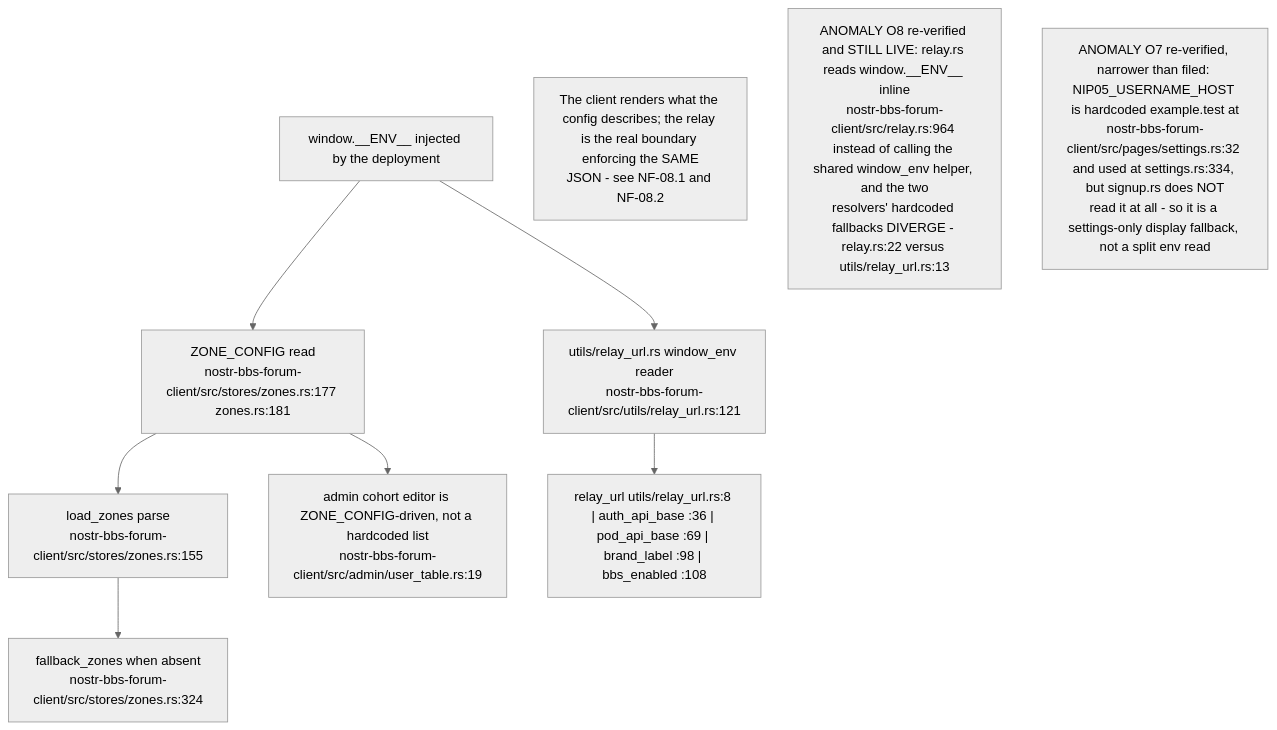
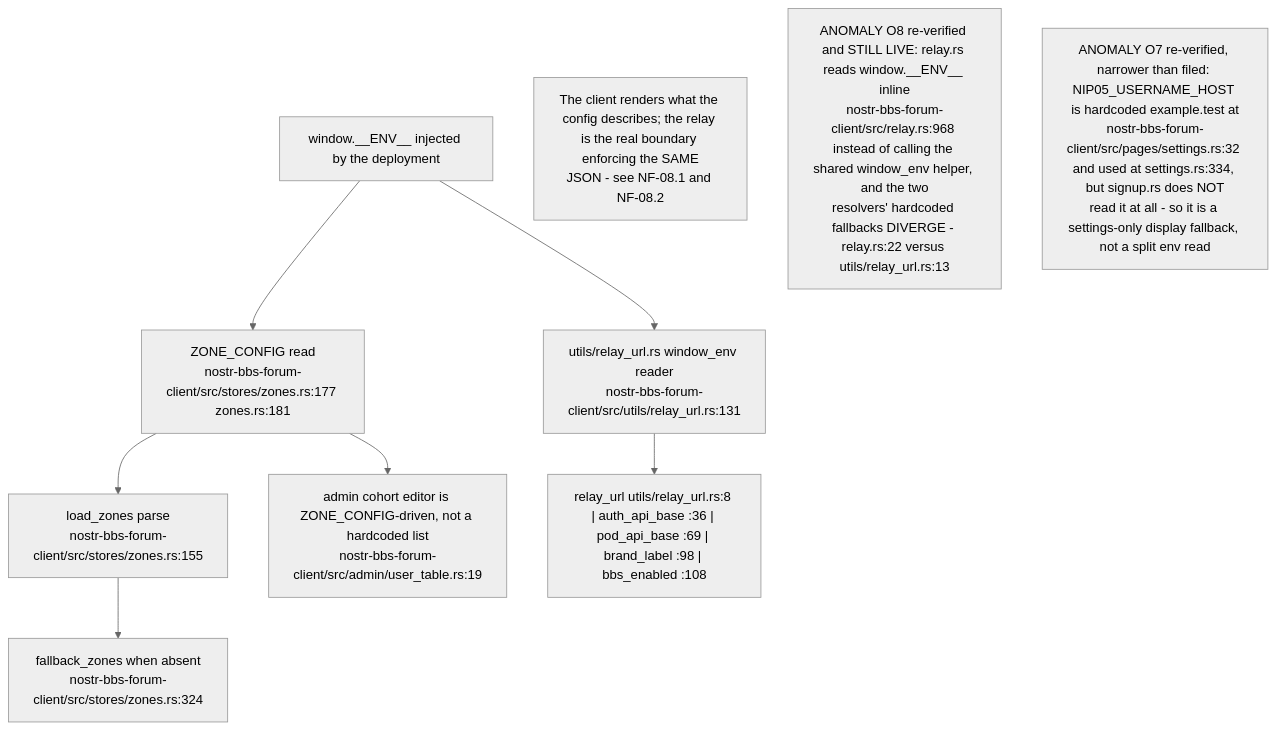
One commit to DreamLab-AI/VisionFlow changed the seventh of 14 diagrams in docs/diagrams/nostr-rust-forum/05-leptos-clients-onboarding-messaging-governance.md. Above: the diagram before and after it, drawn with Mermaid (neutral theme). The commit also changed other lines of this file and 11 other files, not shown here.

````diff
--- a/docs/diagrams/nostr-rust-forum/05-leptos-clients-onboarding-messaging-governance.md
+++ b/docs/diagrams/nostr-rust-forum/05-leptos-clients-onboarding-messaging-governance.md
@@ -229,18 +232,18 @@
 ```mermaid
 flowchart TB
     ENV["window.__ENV__ injected by the deployment"]
     ZC["ZONE_CONFIG read<br/>nostr-bbs-forum-client/src/stores/zones.rs:177 zones.rs:181"]
     LOAD["load_zones parse<br/>nostr-bbs-forum-client/src/stores/zones.rs:155"]
     FB["fallback_zones when absent<br/>nostr-bbs-forum-client/src/stores/zones.rs:324"]
-    URLS["utils/relay_url.rs window_env reader<br/>nostr-bbs-forum-client/src/utils/relay_url.rs:121"]
+    URLS["utils/relay_url.rs window_env reader<br/>nostr-bbs-forum-client/src/utils/relay_url.rs:131"]
     R["relay_url utils/relay_url.rs:8 | auth_api_base :36 | pod_api_base :69 | brand_label :98 | bbs_enabled :108"]
     COH["admin cohort editor is ZONE_CONFIG-driven, not a hardcoded list<br/>nostr-bbs-forum-client/src/admin/user_table.rs:19"]
 
     ENV --> ZC --> LOAD --> FB
     ENV --> URLS --> R
     ZC --> COH
 
     N1["The client renders what the config describes; the relay is the real boundary enforcing the SAME<br/>JSON - see NF-08.1 and NF-08.2"]
-    N2["ANOMALY O8 re-verified and STILL LIVE: relay.rs reads window.__ENV__ inline<br/>nostr-bbs-forum-client/src/relay.rs:964 instead of calling the shared window_env helper, and the two<br/>resolvers' hardcoded fallbacks DIVERGE - relay.rs:22 versus utils/relay_url.rs:13"]
+    N2["ANOMALY O8 re-verified and STILL LIVE: relay.rs reads window.__ENV__ inline<br/>nostr-bbs-forum-client/src/relay.rs:968 instead of calling the shared window_env helper, and the two<br/>resolvers' hardcoded fallbacks DIVERGE - relay.rs:22 versus utils/relay_url.rs:13"]
     N3["ANOMALY O7 re-verified, narrower than filed: NIP05_USERNAME_HOST is hardcoded example.test at<br/>nostr-bbs-forum-client/src/pages/settings.rs:32 and used at settings.rs:334, but signup.rs does NOT<br/>read it at all - so it is a settings-only display fallback, not a split env read"]
 ```
````
